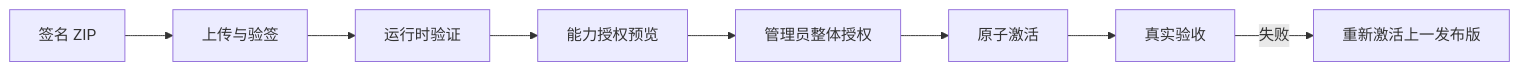
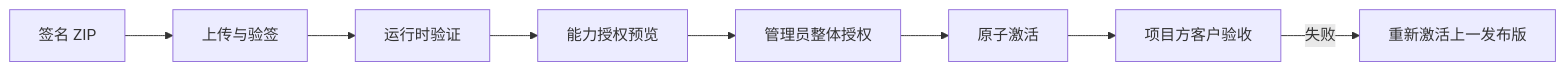
The fourth of 4 diagrams in docs/super-agent-development-standard-v1.zh-CN.md (51taichi/dclaw-platform), drawn with Mermaid before and after one commit. The commit also changed other lines of this file, not shown here.

````diff
--- a/docs/super-agent-development-standard-v1.zh-CN.md
+++ b/docs/super-agent-development-standard-v1.zh-CN.md
@@ -1547,10 +1561,10 @@
 ```mermaid
 flowchart LR
     A[签名 ZIP] --> B[上传与验签]
     B --> C[运行时验证]
     C --> D[能力授权预览]
     D --> E[管理员整体授权]
     E --> F[原子激活]
-    F --> G[真实验收]
+    F --> G[项目方客户验收]
     G -->|失败| H[重新激活上一发布版]
 ```
````
